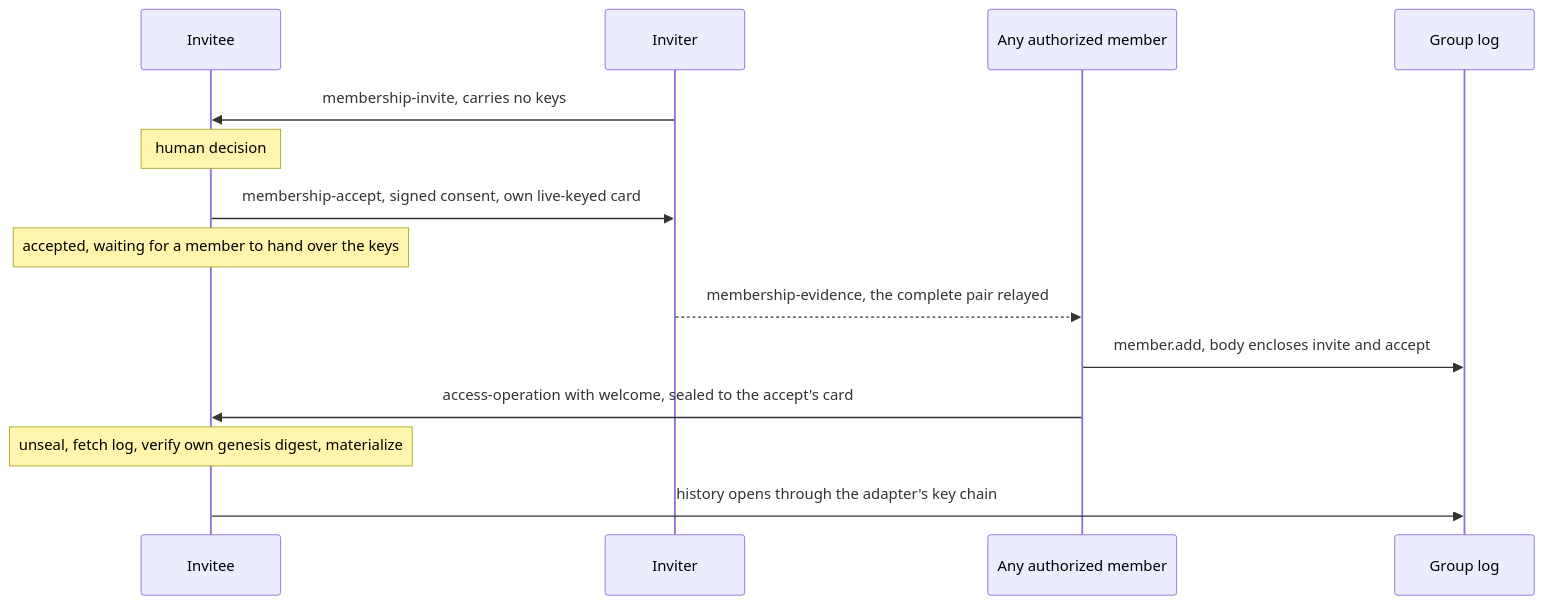
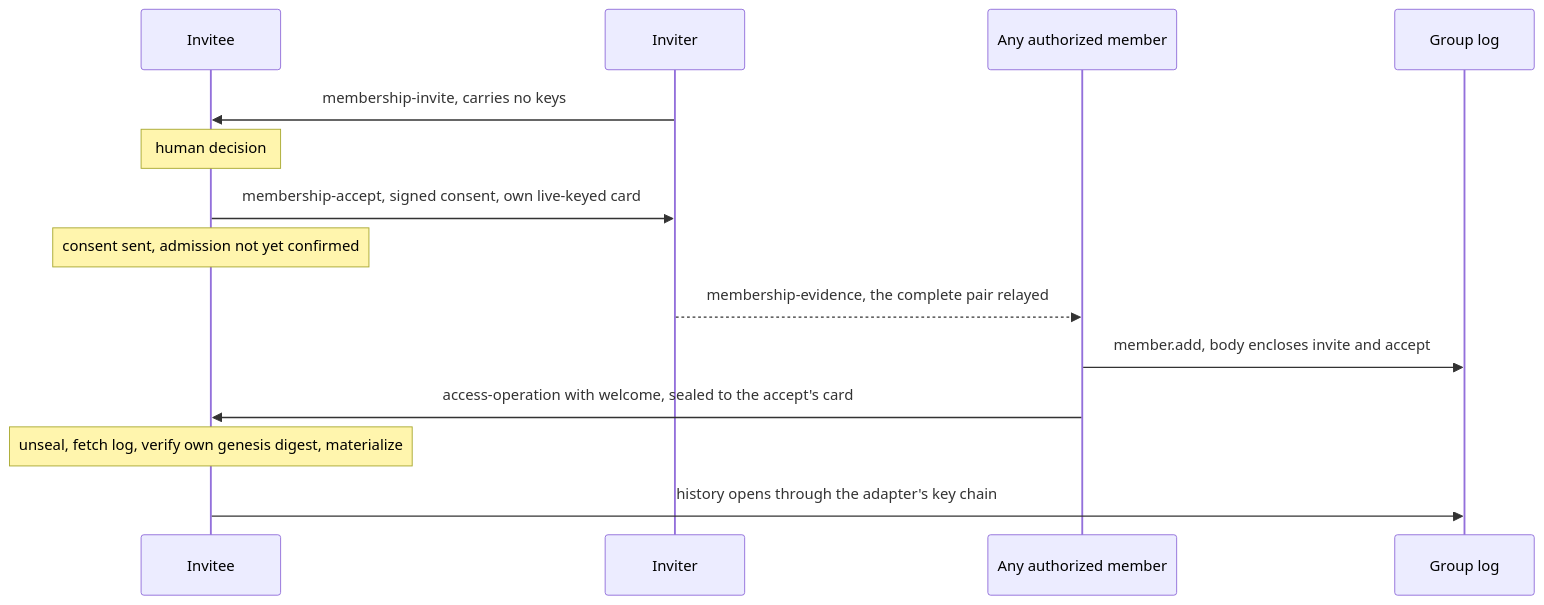
The first of 2 diagrams in spec/membership-tasks.md (real-life-org/trust-protocol), drawn with Mermaid before and after one commit. The commit also changed other lines of this file and 4 other files, not shown here.

````diff
--- a/spec/membership-tasks.md
+++ b/spec/membership-tasks.md
@@ -135,16 +134,16 @@
 ```mermaid
 sequenceDiagram
     participant I as Invitee
     participant V as Inviter
     participant M as Any authorized member
     participant L as Group log
     V->>I: membership-invite, carries no keys
     Note over I: human decision
     I->>V: membership-accept, signed consent, own live-keyed card
-    Note over I: accepted, waiting for a member to hand over the keys
+    Note over I: consent sent, admission not yet confirmed
     V-->>M: membership-evidence, the complete pair relayed
     M->>L: member.add, body encloses invite and accept
     M->>I: access-operation with welcome, sealed to the accept's card
     Note over I: unseal, fetch log, verify own genesis digest, materialize
     I->>L: history opens through the adapter's key chain
 ```
````
